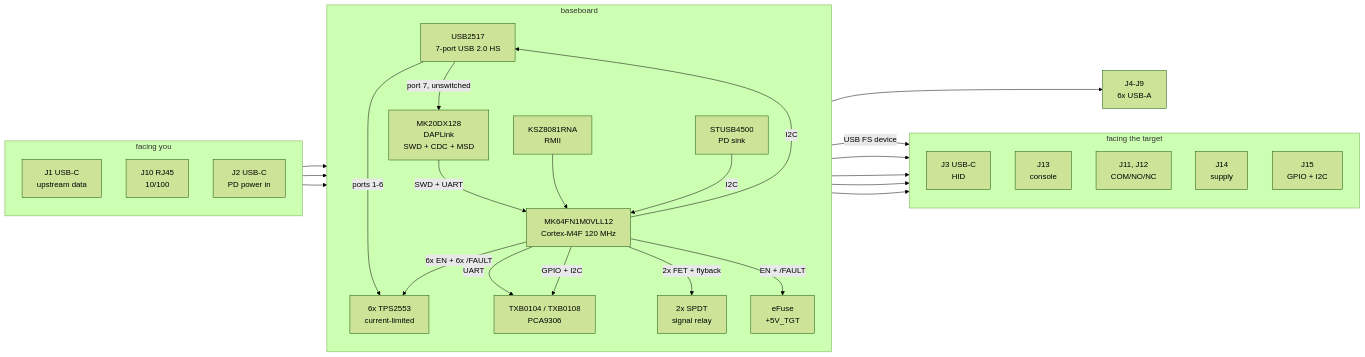
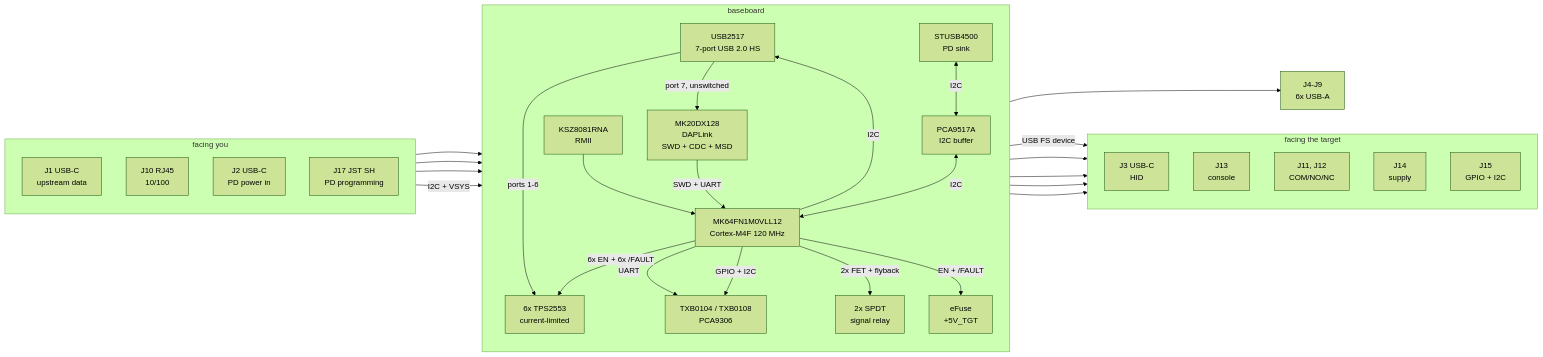
The diagram in docs/hardware-spec.md (calicopizzadelivery/sbc-development-baseboard), drawn with Mermaid (forest theme) before and after one commit. The commit also changed other lines of this file and 1 other file, not shown here.

First line of the commit message:
Add a Qwiic programming header for the STUSB4500

````diff
--- a/docs/hardware-spec.md
+++ b/docs/hardware-spec.md
@@ -15,46 +15,50 @@
 ```mermaid
 flowchart LR
   subgraph WS["facing you"]
     direction TB
     J1["J1 USB-C<br/>upstream data"]
     J10["J10 RJ45<br/>10/100"]
     J2["J2 USB-C<br/>PD power in"]
+    J17["J17 JST SH<br/>PD programming"]
   end
 
   subgraph BD["baseboard"]
     direction TB
     HUB["USB2517<br/>7-port USB 2.0 HS"]
     DAP["MK20DX128<br/>DAPLink<br/>SWD + CDC + MSD"]
     MCU["MK64FN1M0VLL12<br/>Cortex-M4F 120 MHz"]
     PHY["KSZ8081RNA<br/>RMII"]
     PD["STUSB4500<br/>PD sink"]
+    BUF["PCA9517A<br/>I2C buffer"]
     SW["6x TPS2553<br/>current-limited"]
     TSW["eFuse<br/>+5V_TGT"]
     RLY["2x SPDT<br/>signal relay"]
     LT["TXB0104 / TXB0108<br/>PCA9306"]
   end
 
   subgraph TG["facing the target"]
     direction TB
     J3["J3 USB-C<br/>HID"]
     J13["J13<br/>console"]
     J11["J11, J12<br/>COM/NO/NC"]
     J14["J14<br/>supply"]
     J15["J15<br/>GPIO + I2C"]
   end
 
   J1 --> HUB
   HUB -->|"ports 1-6"| SW --> UA["J4-J9<br/>6x USB-A"]
   HUB -->|"port 7, unswitched"| DAP
   DAP -->|"SWD + UART"| MCU
   J10 --> PHY --> MCU
-  J2 --> PD -->|I2C| MCU
+  J2 --> PD
+  J17 -->|"I2C + VSYS"| PD
+  PD <-->|I2C| BUF <-->|I2C| MCU
 
   MCU -->|"6x EN + 6x /FAULT"| SW
   MCU -->|I2C| HUB
   MCU -->|"USB FS device"| J3
   MCU -->|UART| LT --> J13
   MCU -->|"GPIO + I2C"| LT --> J15
   MCU -->|"2x FET + flyback"| RLY --> J11
   MCU -->|"EN + /FAULT"| TSW --> J14
 ```
````
